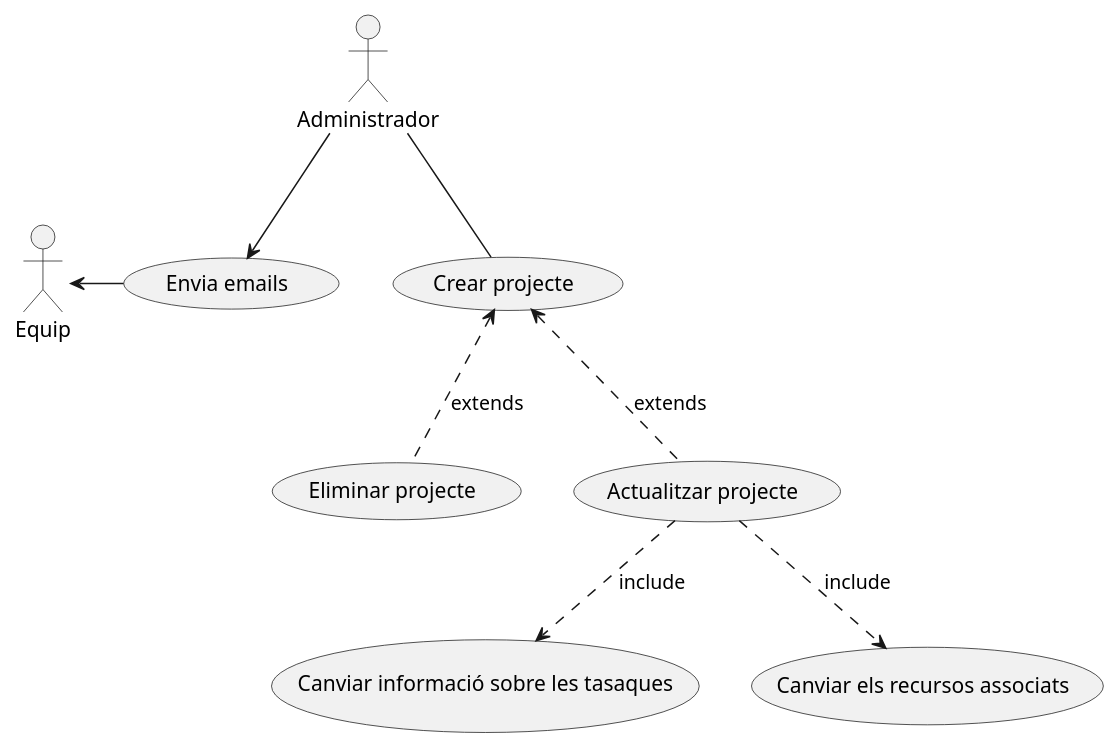
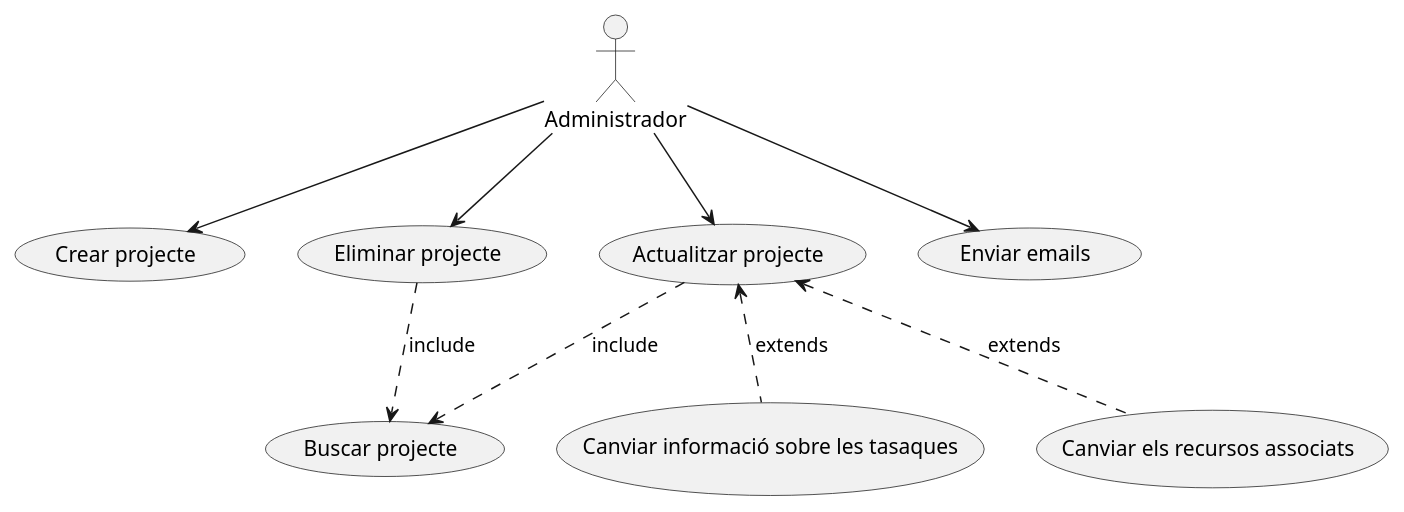
The diagram in M5/AEA.3.2.2. Avançat Diagrames de casos d'ús/PlantUML/GestioProjectes.puml (saracaparros/DAW), drawn with PlantUML before and after one commit. The commit also changed 1 other file, not shown here.

```diff
--- a/M5/AEA.3.2.2. Avançat Diagrames de casos d'ús/PlantUML/GestioProjectes.puml
+++ b/M5/AEA.3.2.2. Avançat Diagrames de casos d'ús/PlantUML/GestioProjectes.puml
@@ -1,23 +1,24 @@
 @startuml
 
 :Administrador: as Admin
-:Equip: as Equip
 (Crear projecte) as add
 (Eliminar projecte) as del
 (Actualitzar projecte) as upd
-(Envia emails) as sendMail
+(Enviar emails) as sendMail
+(Buscar projecte) as search
 
 
-Admin -- add
+Admin --> add
+Admin --> del
+Admin --> upd
 
 
-add <.. del : extends
-add <.. upd : extends
+del ..> search : include
+upd ..> search : include
 
-upd ..> (Canviar informació sobre les tasaques) : include
-upd ..> (Canviar els recursos associats) : include
+upd <.. (Canviar informació sobre les tasaques) : extends
+upd <.. (Canviar els recursos associats) : extends
 
 Admin --> sendMail
-sendMail -l-> Equip
 
 @enduml
```
